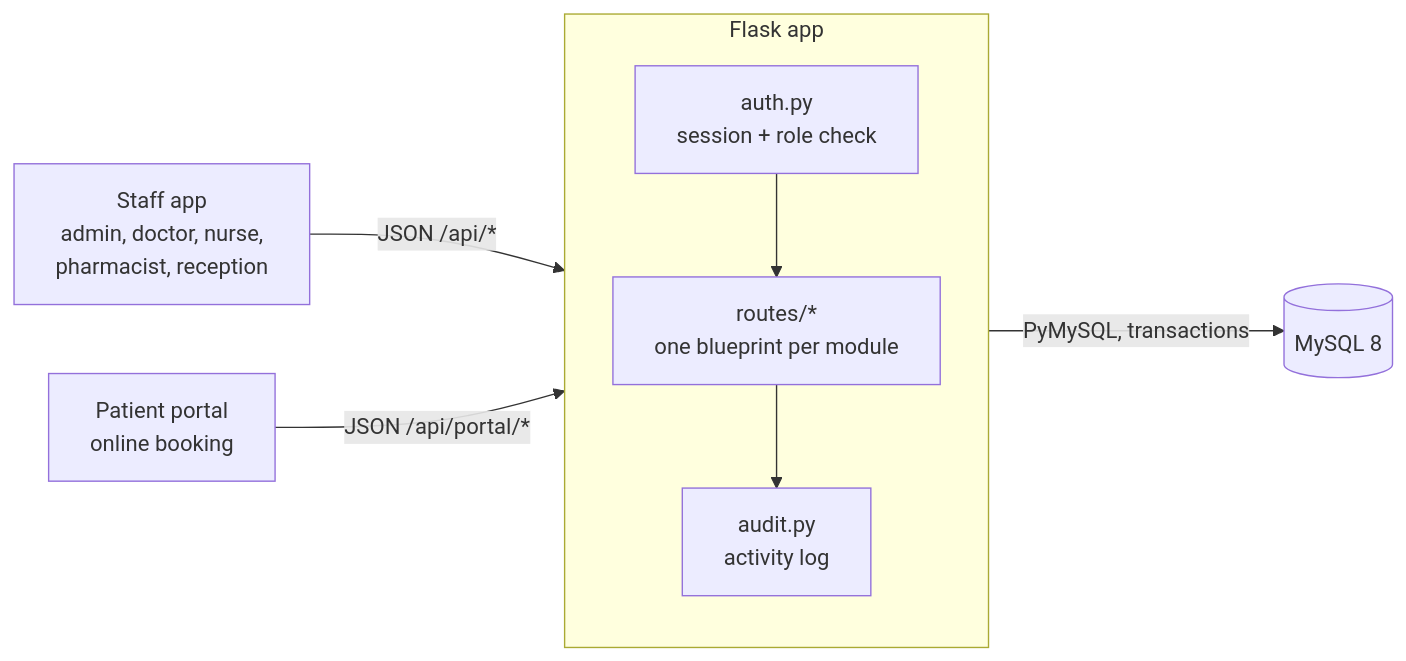
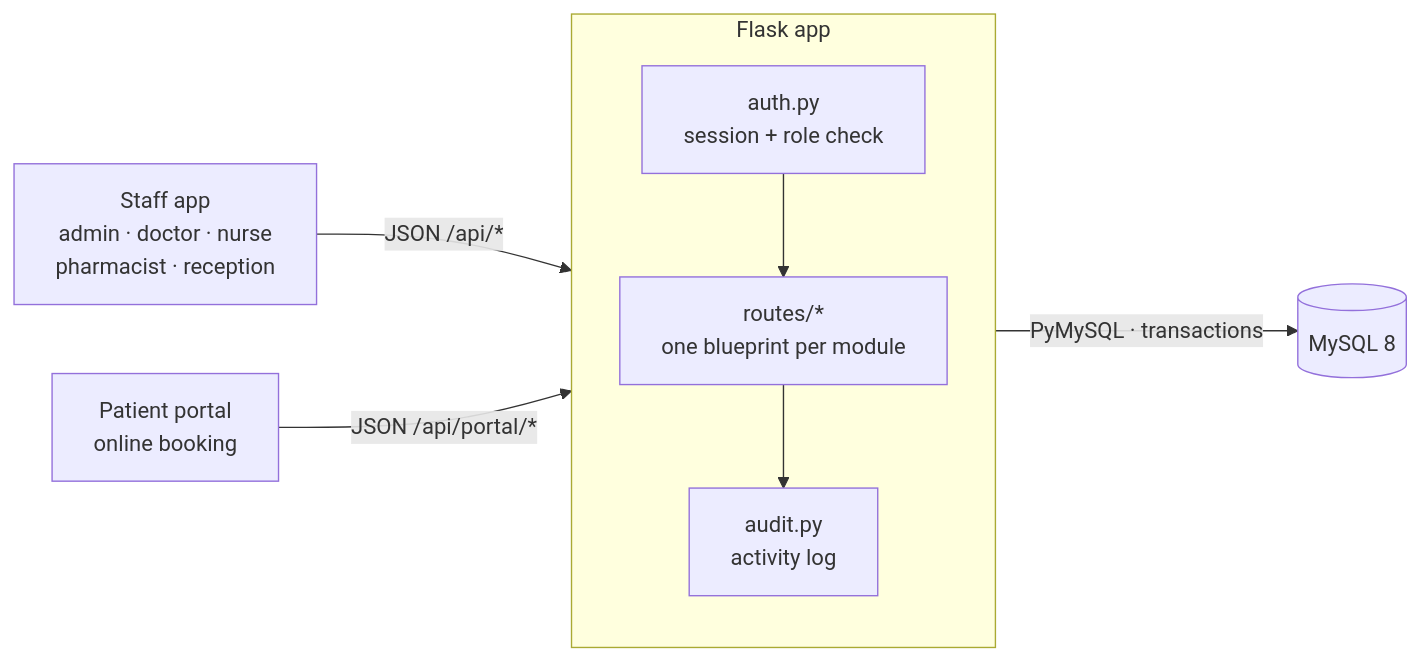
One commit to shashankmishra23/medicore-hospital-management changed the first of 3 diagrams in README.md. Above: the diagram before and after it, drawn with Mermaid. The commit also changed other lines of this file and 2 other files, not shown here.

First line of the commit message:
docs: interactive README with banner, demo animation and diagrams

````diff
--- a/README.md
+++ b/README.md
@@ -58,11 +182,11 @@
 ```mermaid
 flowchart LR
-    staff["Staff app<br/>admin, doctor, nurse,<br/>pharmacist, reception"] -->|"JSON /api/*"| guard
+    staff["Staff app<br/>admin · doctor · nurse<br/>pharmacist · reception"] -->|"JSON /api/*"| guard
     patient["Patient portal<br/>online booking"] -->|"JSON /api/portal/*"| guard
     subgraph flask["Flask app"]
         direction TB
         guard["auth.py<br/>session + role check"] --> routes["routes/*<br/>one blueprint per module"]
         routes --> audit["audit.py<br/>activity log"]
     end
-    routes -->|"PyMySQL, transactions"| db[("MySQL 8")]
+    routes -->|"PyMySQL · transactions"| db[("MySQL 8")]
 ```
````
